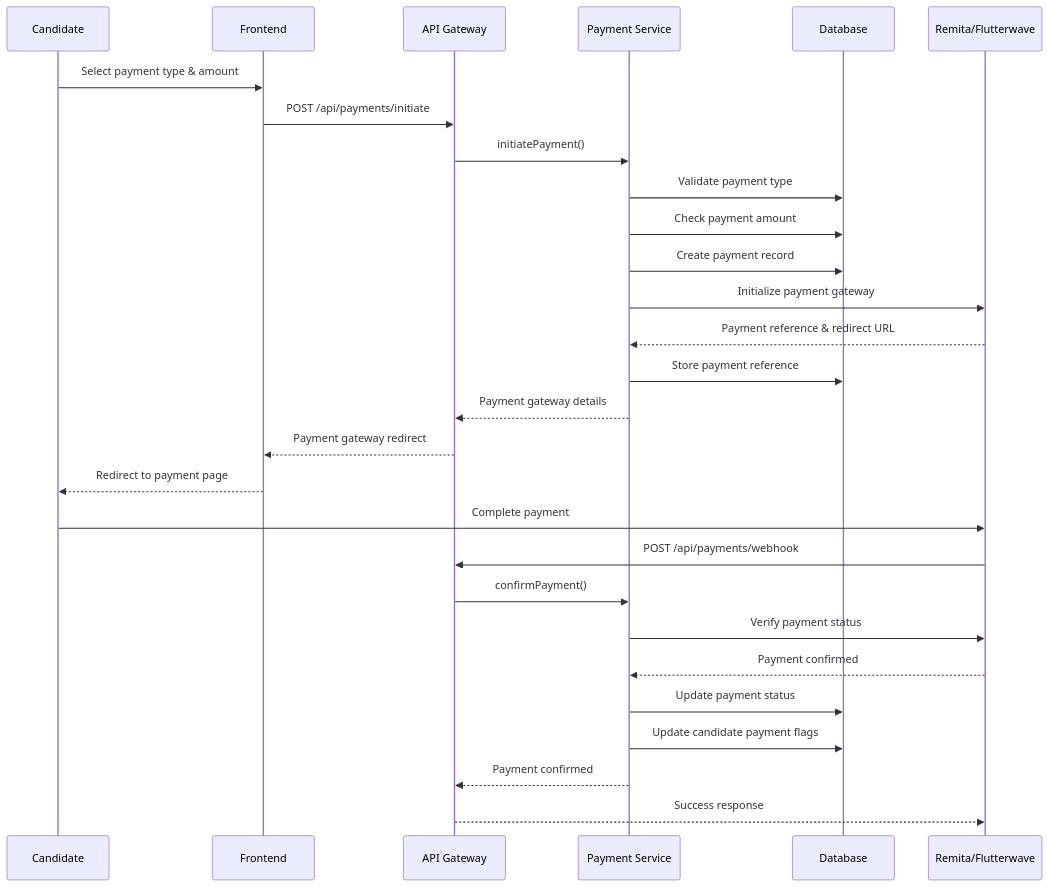
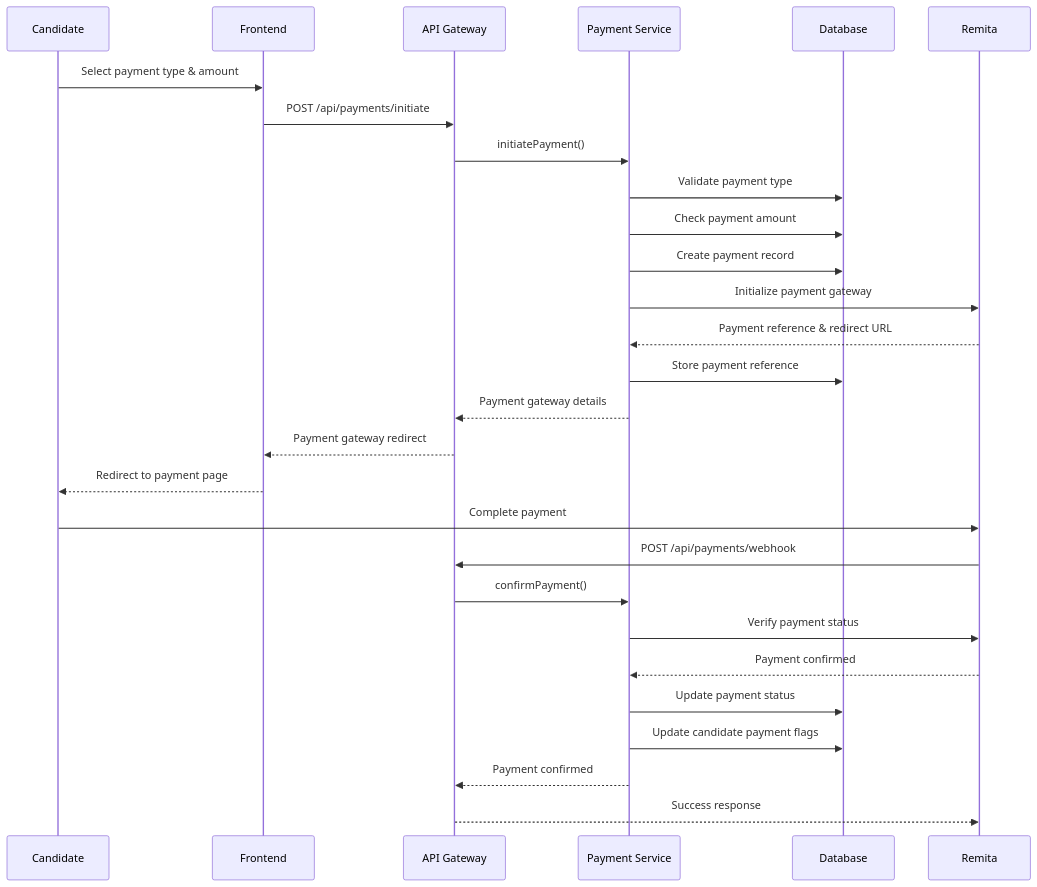
Before and after one commit to sbikelly/fuep_api: the sixth of 21 diagrams in docs/sequence-diagrams.md, drawn with Mermaid. The commit also changed other lines of this file and 54 other files, not shown here.

````diff
--- a/docs/sequence-diagrams.md
+++ b/docs/sequence-diagrams.md
@@ -224,34 +228,34 @@
 ```mermaid
 sequenceDiagram
     participant C as Candidate
     participant F as Frontend
     participant A as API Gateway
     participant PS as Payment Service
     participant DB as Database
-    participant R as Remita/Flutterwave
+    participant R as Remita
 
     C->>F: Select payment type & amount
     F->>A: POST /api/payments/initiate
     A->>PS: initiatePayment()
 
     PS->>DB: Validate payment type
     PS->>DB: Check payment amount
     PS->>DB: Create payment record
     PS->>R: Initialize payment gateway
     R-->>PS: Payment reference & redirect URL
     PS->>DB: Store payment reference
     PS-->>A: Payment gateway details
     A-->>F: Payment gateway redirect
     F-->>C: Redirect to payment page
 
     C->>R: Complete payment
     R->>A: POST /api/payments/webhook
     A->>PS: confirmPayment()
 
     PS->>R: Verify payment status
     R-->>PS: Payment confirmed
     PS->>DB: Update payment status
     PS->>DB: Update candidate payment flags
     PS-->>A: Payment confirmed
     A-->>R: Success response
 ```
````
